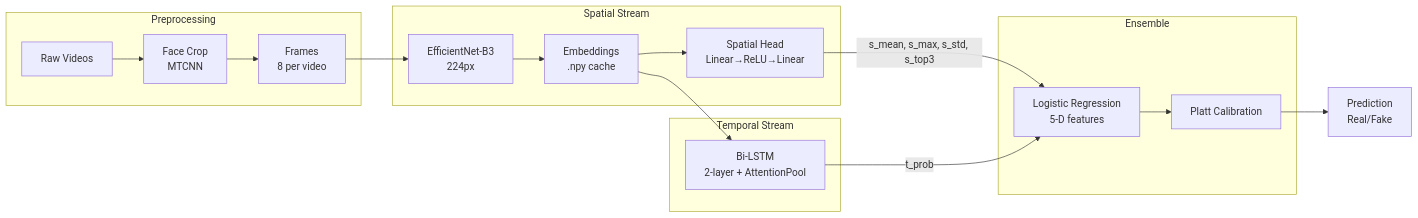
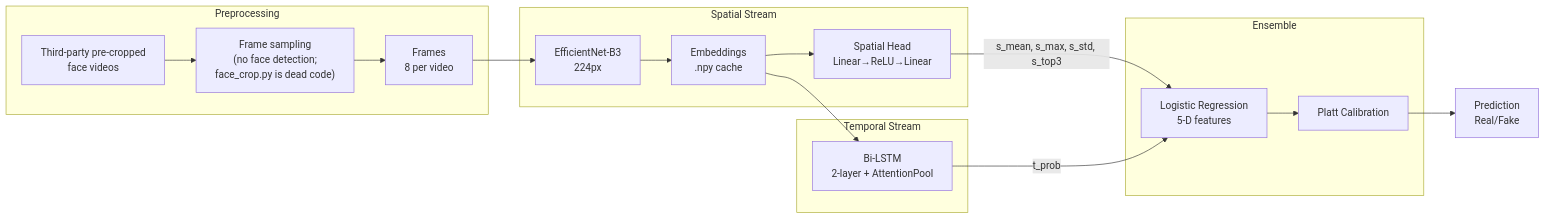
Before and after one commit to Lokeshm25/DeepFake_Detection_SIC: the first of 5 diagrams in docs/ARCHITECTURE.md, drawn with Mermaid. The commit also changed other lines of this file and 19 other files, not shown here.

````diff
--- a/docs/ARCHITECTURE.md
+++ b/docs/ARCHITECTURE.md
@@ -13,25 +13,25 @@
 ```mermaid
 flowchart LR
     subgraph Preprocessing
-        V[Raw Videos] --> FD[Face Crop<br/>MTCNN]
+        V["Third-party pre-cropped<br/>face videos"] --> FD["Frame sampling<br/>(no face detection;<br/>face_crop.py is dead code)"]
         FD --> F[Frames<br/>8 per video]
     end
 
     subgraph Spatial Stream
         F --> EB3[EfficientNet-B3<br/>224px]
         EB3 --> EMB[Embeddings<br/>.npy cache]
         EMB --> SH[Spatial Head<br/>Linear→ReLU→Linear]
     end
 
     subgraph Temporal Stream
         EMB --> LSTM[Bi-LSTM<br/>2-layer + AttentionPool]
     end
 
     subgraph Ensemble
         SH --> |"s_mean, s_max, s_std, s_top3"| LR[Logistic Regression<br/>5-D features]
         LSTM --> |"t_prob"| LR
         LR --> PLATT[Platt Calibration]
     end
 
     PLATT --> P[Prediction<br/>Real/Fake]
 ```
````
